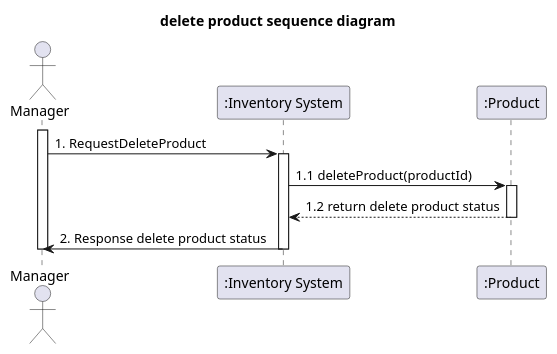
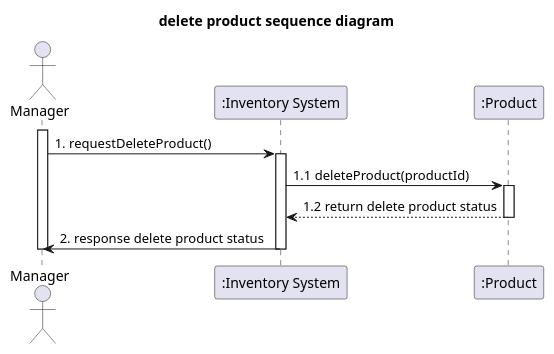
The diagram in system-analysis/sequence/_2_4_sequence-delete-product.puml (billowdev/inventory-system-plantuml-sequelize-seeder-example), drawn with PlantUML before and after one commit. The commit also changed 22 other files, not shown here.

Commit message:
update sequence refactor to lowwer case

```diff
--- a/system-analysis/sequence/_2_4_sequence-delete-product.puml
+++ b/system-analysis/sequence/_2_4_sequence-delete-product.puml
@@ -1,26 +1,26 @@
 @startuml
 'example
 title delete product sequence diagram
 
 actor Manager as actorManager
 participant ":Inventory System" as InventorySystem
 participant ":Product" as classProduct
 
 activate actorManager
 
-actorManager -> InventorySystem: 1. RequestDeleteProduct
+actorManager -> InventorySystem: 1. requestDeleteProduct()
 activate InventorySystem
 
 InventorySystem -> classProduct: 1.1 deleteProduct(productId)
 activate classProduct
 
 
 classProduct --> InventorySystem: 1.2 return delete product status
 deactivate classProduct
 
-InventorySystem -> actorManager: 2. Response delete product status
+InventorySystem -> actorManager: 2. response delete product status
 deactivate InventorySystem
 
 deactivate actorManager
 
 @enduml
```
